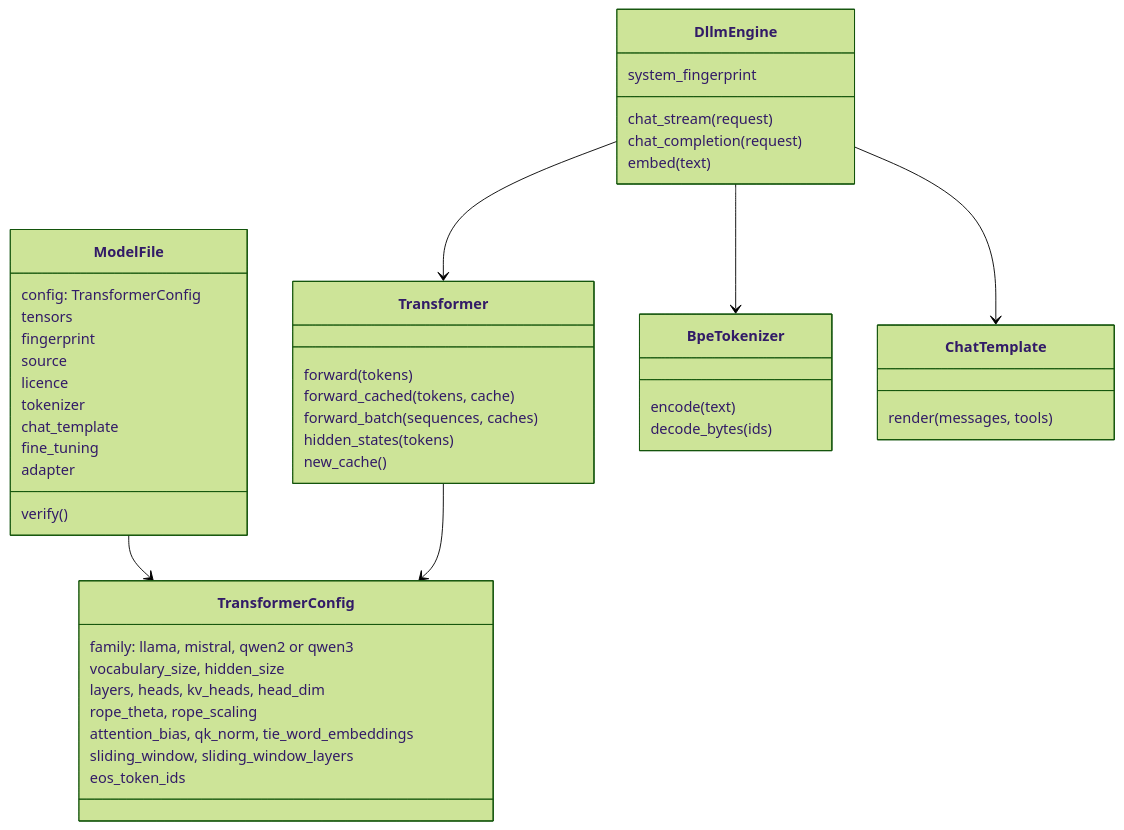
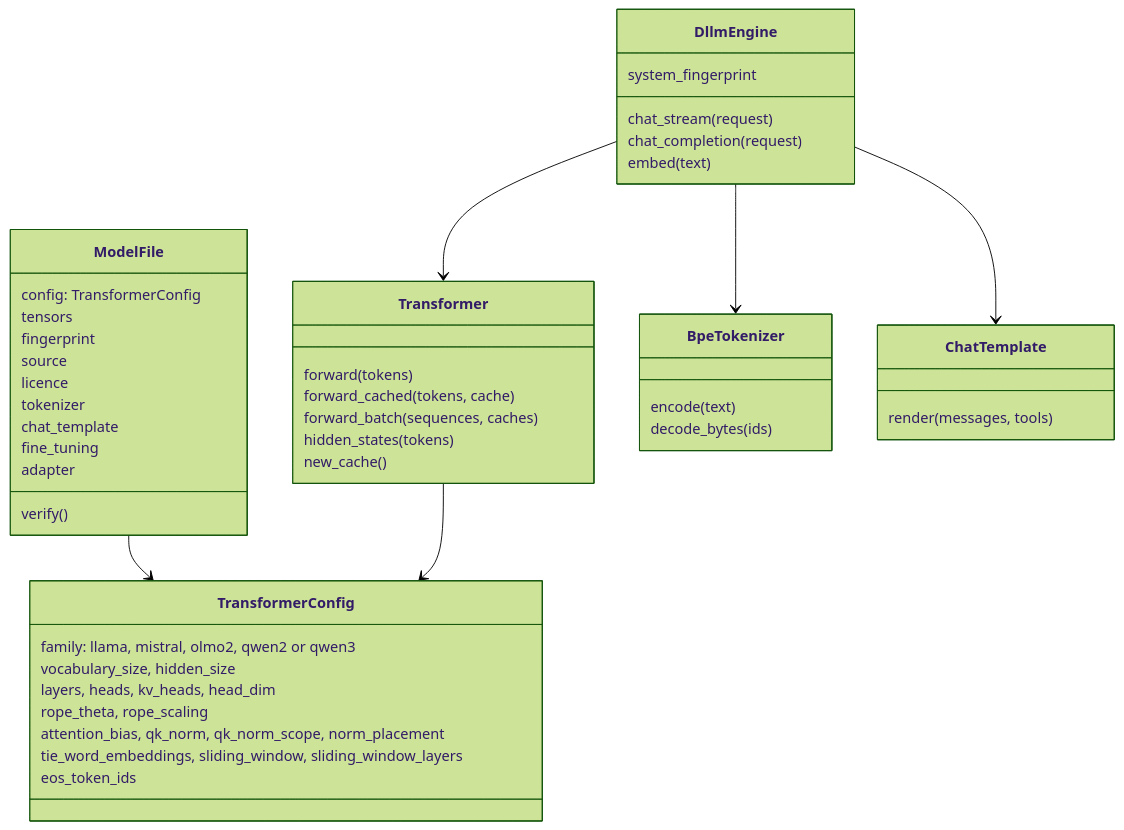
One commit to vrenken/etalii.dllm changed the fourth of 4 diagrams in docs/architecture/models.md. Above: the diagram before and after it, drawn with Mermaid (forest theme). The commit also changed other lines of this file and 14 other files, not shown here.

First line of the commit message:
OLMo 2 architecture: post-norms and QK-norm over the whole projections

````diff
--- a/docs/architecture/models.md
+++ b/docs/architecture/models.md
@@ -135,49 +136,49 @@
 ```mermaid
 classDiagram
     class ModelFile {
         config: TransformerConfig
         tensors
         fingerprint
         source
         licence
         tokenizer
         chat_template
         fine_tuning
         adapter
         verify()
     }
     class TransformerConfig {
-        family: llama, mistral, qwen2 or qwen3
+        family: llama, mistral, olmo2, qwen2 or qwen3
         vocabulary_size, hidden_size
         layers, heads, kv_heads, head_dim
         rope_theta, rope_scaling
-        attention_bias, qk_norm, tie_word_embeddings
-        sliding_window, sliding_window_layers
+        attention_bias, qk_norm, qk_norm_scope, norm_placement
+        tie_word_embeddings, sliding_window, sliding_window_layers
         eos_token_ids
     }
     class Transformer {
         forward(tokens)
         forward_cached(tokens, cache)
         forward_batch(sequences, caches)
         hidden_states(tokens)
         new_cache()
     }
     class BpeTokenizer {
         encode(text)
         decode_bytes(ids)
     }
     class ChatTemplate {
         render(messages, tools)
     }
     class DllmEngine {
         chat_stream(request)
         chat_completion(request)
         embed(text)
         system_fingerprint
     }
     ModelFile --> TransformerConfig
     Transformer --> TransformerConfig
     DllmEngine --> Transformer
     DllmEngine --> BpeTokenizer
     DllmEngine --> ChatTemplate
 ```
````
